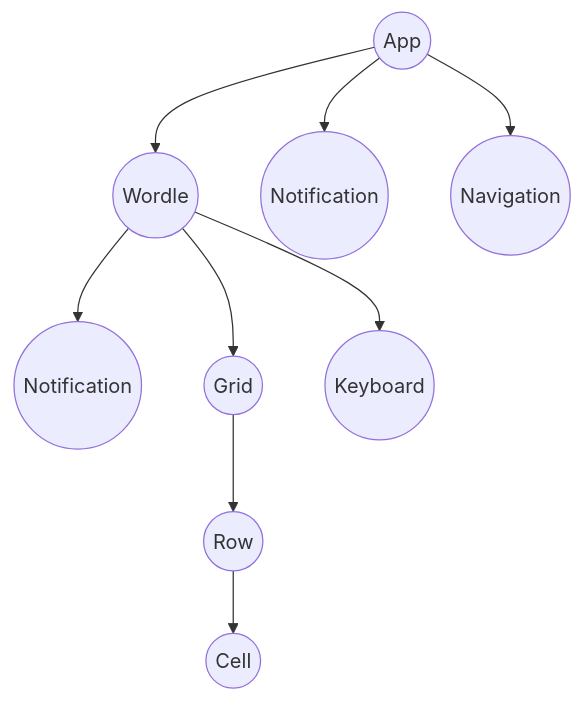
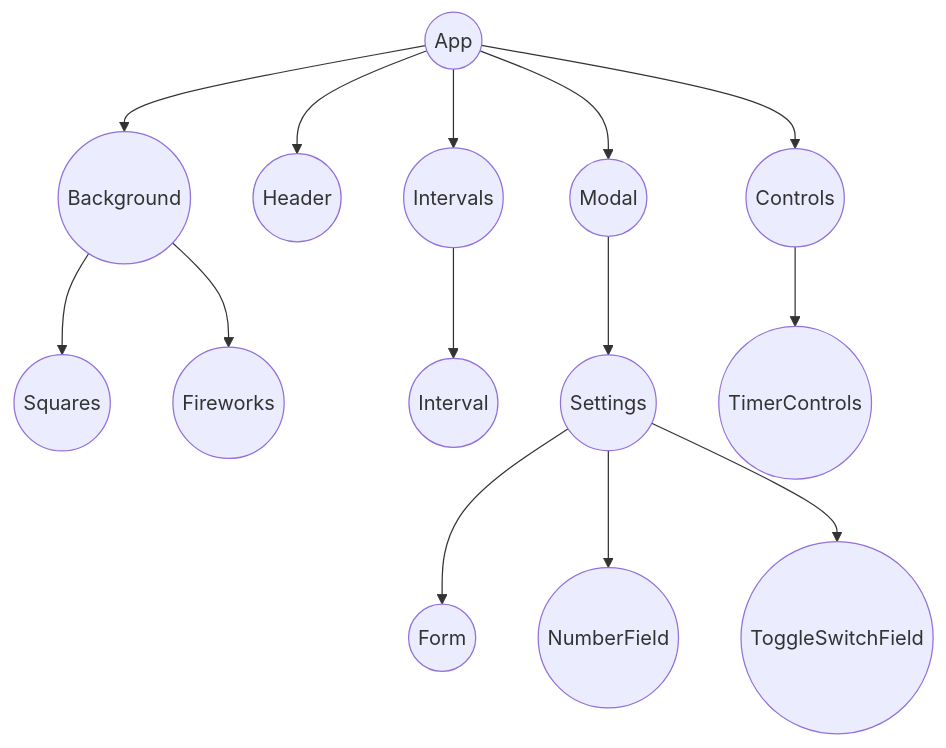
The diagram in README.md (ingadi/pomodoro-timer), drawn with Mermaid before and after one commit. The commit also changed other lines of this file, not shown here.

Commit message:
chore: update readme - component tree

````diff
--- a/README.md
+++ b/README.md
@@ -33,11 +32,16 @@
 ```mermaid
 graph TB
-A((App))-->B((Wordle))
-A-->C((Notification))
-A-->D((Navigation))
-B-->E((Notification))
-B-->F((Grid))
-B-->G((Keyboard))
-F-->H((Row))
-H-->I((Cell))
+A((App))-->B((Background))
+A-->C((Header))
+A-->D((Intervals))
+A-->E((Modal))
+A-->F((Controls))
+B-->G((Squares))
+B-->H((Fireworks))
+D-->I((Interval))
+E-->J((Settings))
+J-->K((Form))
+J-->L((NumberField))
+J-->M((ToggleSwitchField))
+F-->N((TimerControls))
 ```
````
